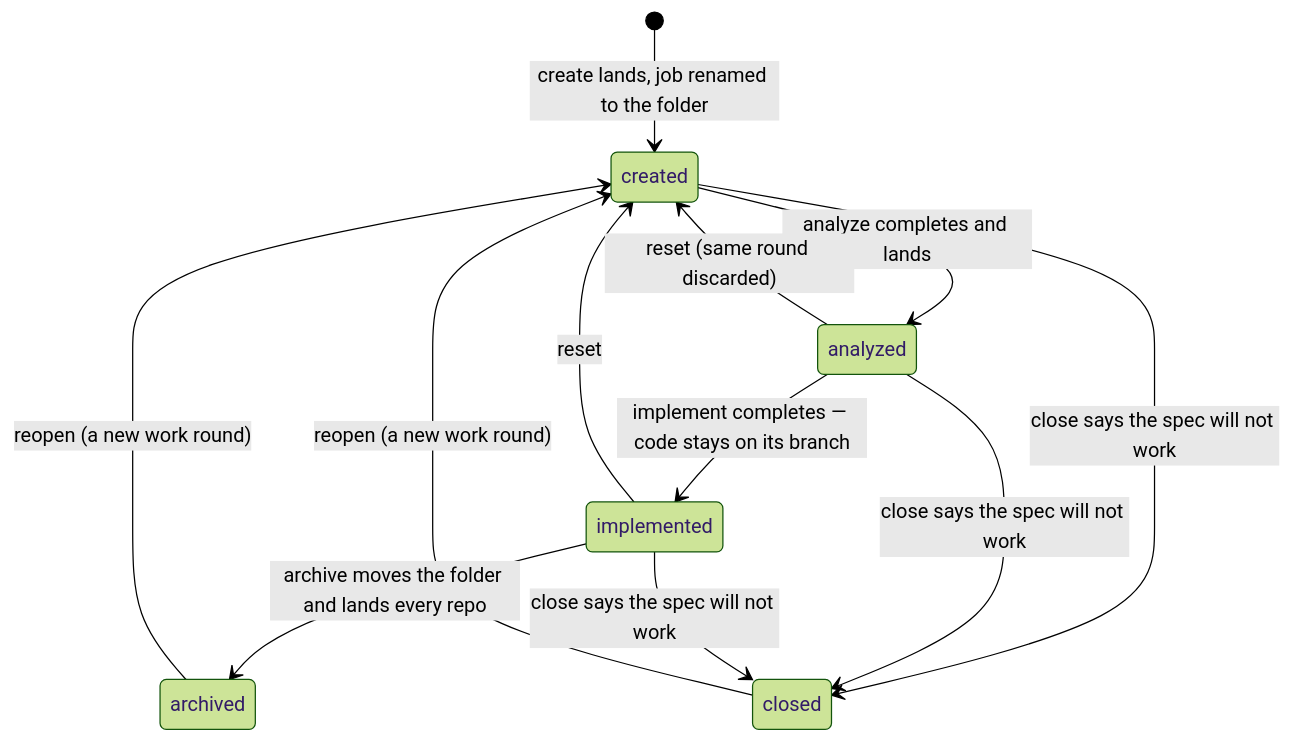
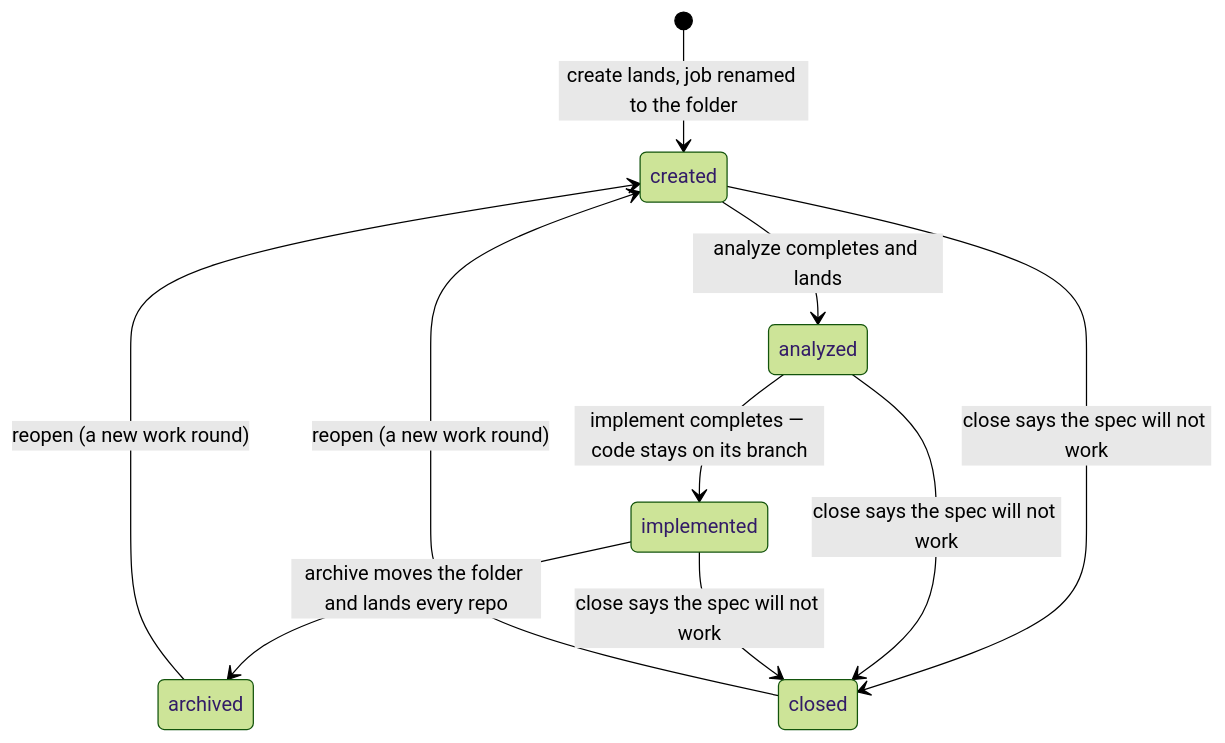
One commit to ragnarwestad/aide changed the diagram in dashboard/docs/spec-lifecycle.md. Above: the diagram before and after it, drawn with Mermaid (forest theme). The commit also changed other lines of this file and 55 other files, not shown here.

First line of the commit message:
Remove Reset: another round and a reopen cover it

````diff
--- a/dashboard/docs/spec-lifecycle.md
+++ b/dashboard/docs/spec-lifecycle.md
@@ -84,14 +84,12 @@
 ```mermaid
 stateDiagram-v2
     [*] --> created: create lands, job renamed to the folder
     created --> analyzed: analyze completes and lands
     analyzed --> implemented: implement completes — code stays on its branch
     implemented --> archived: archive moves the folder and lands every repo
     archived --> created: reopen (a new work round)
-    analyzed --> created: reset (same round discarded)
-    implemented --> created: reset
     created --> closed: close says the spec will not work
     analyzed --> closed: close says the spec will not work
     implemented --> closed: close says the spec will not work
     closed --> created: reopen (a new work round)
 ```
````
